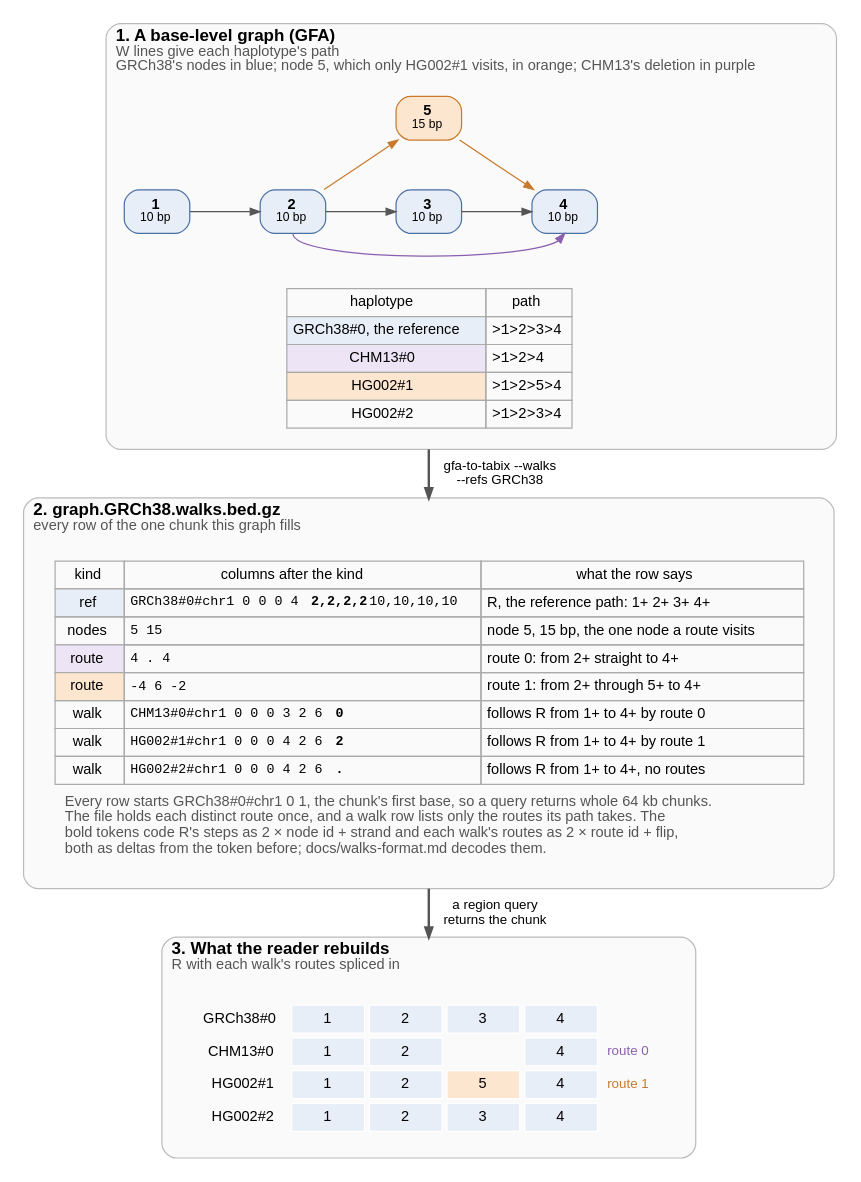
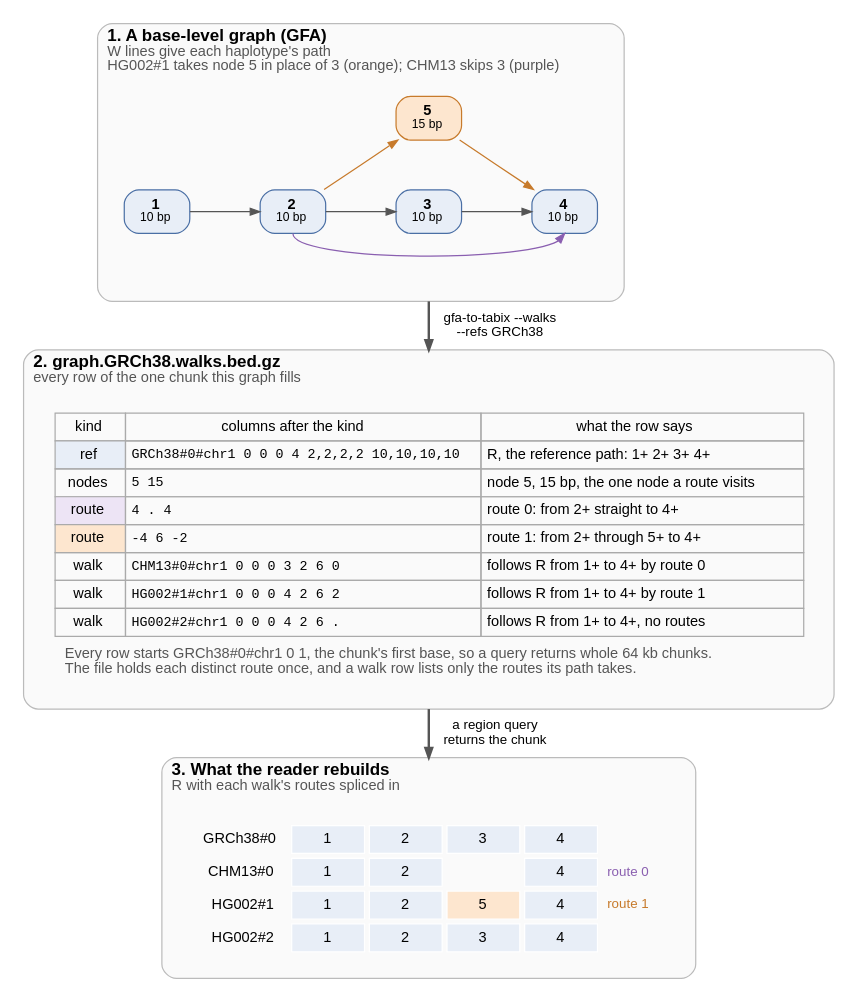
Before and after one commit to GMOD/gfa-to-tabix: the diagram in docs/figures/walks.dot, drawn with Graphviz. The commit also changed 4 other files, not shown here.

First line of the commit message:
Walks figure: draw the graph from walks.gfa, drop the repeated paths

```diff
--- a/docs/figures/walks.dot
+++ b/docs/figures/walks.dot
@@ -1,75 +1,74 @@
 // scripts/figures.py fills the marked rows from the tool's output and draws this figure
 digraph walks {
   bgcolor="white"
   fontname="Helvetica"
   newrank=true
   compound=true
   nodesep=0.4
   ranksep=0.55
   node [fontname="Helvetica", fontsize=12, shape=box, style="filled,rounded", fillcolor="#e8eef7", color="#4a6fa5", margin="0.15,0.06"]
   edge [fontname="Helvetica", fontsize=11, color="#555555", arrowsize=0.8]
 
   subgraph {
     graph [labeljust=l, fontsize=14, color="#bbbbbb", style="rounded,filled", fillcolor="#fafafa", margin=14]
 
     subgraph cluster_graph {
-      label=<<B>1. A base-level graph (GFA)</B><BR ALIGN="LEFT"/><FONT POINT-SIZE="12" COLOR="#555555">W lines give each haplotype's path</FONT><BR ALIGN="LEFT"/><FONT POINT-SIZE="12" COLOR="#555555">GRCh38's nodes in blue; node 5, which only HG002#1 visits, in orange; CHM13's deletion in purple</FONT><BR ALIGN="LEFT"/>>
+      label=<<B>1. A base-level graph (GFA)</B><BR ALIGN="LEFT"/><FONT POINT-SIZE="12" COLOR="#555555">W lines give each haplotype's path</FONT><BR ALIGN="LEFT"/><FONT POINT-SIZE="12" COLOR="#555555">HG002#1 takes node 5 in place of 3 (orange); CHM13 skips 3 (purple)</FONT><BR ALIGN="LEFT"/>>
+      // begin graph
       n1 [label=<<B>1</B><BR/><FONT POINT-SIZE="10">10 bp</FONT>>]
       n2 [label=<<B>2</B><BR/><FONT POINT-SIZE="10">10 bp</FONT>>]
       n3 [label=<<B>3</B><BR/><FONT POINT-SIZE="10">10 bp</FONT>>]
       n4 [label=<<B>4</B><BR/><FONT POINT-SIZE="10">10 bp</FONT>>]
       n5 [label=<<B>5</B><BR/><FONT POINT-SIZE="10">15 bp</FONT>>, fillcolor="#fde6cf", color="#c77a2b"]
       {rank=same; n1; n2; n3; n4}
-      n1 -> n2 -> n3 -> n4 [weight=20]
-      n5 -> n3 [style=invis, weight=20]
+      n1 -> n2 [weight=20]
+      n2 -> n3 [weight=20]
+      n3 -> n4 [weight=20]
       n2 -> n5 [color="#c77a2b", constraint=false]
       n5 -> n4 [color="#c77a2b", constraint=false]
       n2:s -> n4:s [color="#8a5fb0", constraint=false]
-      paths [shape=plaintext, style="", label=<
-        <TABLE BORDER="0" CELLBORDER="1" CELLSPACING="0" CELLPADDING="4" COLOR="#aaaaaa">
-          <TR BGCOLOR="#dddddd"><TD>haplotype</TD><TD>path</TD></TR>
-          <TR><TD BGCOLOR="#e8eef7">GRCh38#0, the reference</TD><TD ALIGN="LEFT"><FONT FACE="Courier">&gt;1&gt;2&gt;3&gt;4</FONT></TD></TR>
-          <TR><TD BGCOLOR="#ede4f5">CHM13#0</TD><TD ALIGN="LEFT"><FONT FACE="Courier">&gt;1&gt;2&gt;4</FONT></TD></TR>
-          <TR><TD BGCOLOR="#fde6cf">HG002#1</TD><TD ALIGN="LEFT"><FONT FACE="Courier">&gt;1&gt;2&gt;5&gt;4</FONT></TD></TR>
-          <TR><TD>HG002#2</TD><TD ALIGN="LEFT"><FONT FACE="Courier">&gt;1&gt;2&gt;3&gt;4</FONT></TD></TR>
-        </TABLE>>]
-      n3 -> paths [style=invis]
+      n5 -> n3 [style=invis, weight=20]
+      nbelow [style=invis, label="", width=0, height=0]
+      n3 -> nbelow [style=invis]
+      // end graph
     }
 
     subgraph cluster_file {
       label=<<B>2. graph.GRCh38.walks.bed.gz</B><BR ALIGN="LEFT"/><FONT POINT-SIZE="12" COLOR="#555555">every row of the one chunk this graph fills</FONT><BR ALIGN="LEFT"/>>
       rows [shape=plaintext, style="", label=<
         <TABLE BORDER="0" CELLBORDER="1" CELLSPACING="0" CELLPADDING="4" COLOR="#aaaaaa">
           <TR BGCOLOR="#dddddd"><TD>kind</TD><TD>columns after the kind</TD><TD>what the row says</TD></TR>
           <!-- begin rows -->
-          <TR><TD BGCOLOR="#e8eef7">ref</TD><TD ALIGN="LEFT"><FONT FACE="Courier" POINT-SIZE="11">GRCh38#0#chr1 0 0 0 4 <B>2,2,2,2</B> 10,10,10,10</FONT></TD><TD ALIGN="LEFT">R, the reference path: 1+ 2+ 3+ 4+</TD></TR>
+          <TR><TD BGCOLOR="#e8eef7">ref</TD><TD ALIGN="LEFT"><FONT FACE="Courier" POINT-SIZE="11">GRCh38#0#chr1 0 0 0 4 2,2,2,2 10,10,10,10</FONT></TD><TD ALIGN="LEFT">R, the reference path: 1+ 2+ 3+ 4+</TD></TR>
           <TR><TD>nodes</TD><TD ALIGN="LEFT"><FONT FACE="Courier" POINT-SIZE="11">5 15</FONT></TD><TD ALIGN="LEFT">node 5, 15 bp, the one node a route visits</TD></TR>
           <TR><TD BGCOLOR="#ede4f5">route</TD><TD ALIGN="LEFT"><FONT FACE="Courier" POINT-SIZE="11">4 . 4</FONT></TD><TD ALIGN="LEFT">route 0: from 2+ straight to 4+</TD></TR>
           <TR><TD BGCOLOR="#fde6cf">route</TD><TD ALIGN="LEFT"><FONT FACE="Courier" POINT-SIZE="11">-4 6 -2</FONT></TD><TD ALIGN="LEFT">route 1: from 2+ through 5+ to 4+</TD></TR>
-          <TR><TD>walk</TD><TD ALIGN="LEFT"><FONT FACE="Courier" POINT-SIZE="11">CHM13#0#chr1 0 0 0 3 2 6 <B>0</B></FONT></TD><TD ALIGN="LEFT">follows R from 1+ to 4+ by route 0</TD></TR>
-          <TR><TD>walk</TD><TD ALIGN="LEFT"><FONT FACE="Courier" POINT-SIZE="11">HG002#1#chr1 0 0 0 4 2 6 <B>2</B></FONT></TD><TD ALIGN="LEFT">follows R from 1+ to 4+ by route 1</TD></TR>
-          <TR><TD>walk</TD><TD ALIGN="LEFT"><FONT FACE="Courier" POINT-SIZE="11">HG002#2#chr1 0 0 0 4 2 6 <B>.</B></FONT></TD><TD ALIGN="LEFT">follows R from 1+ to 4+, no routes</TD></TR>
+          <TR><TD>walk</TD><TD ALIGN="LEFT"><FONT FACE="Courier" POINT-SIZE="11">CHM13#0#chr1 0 0 0 3 2 6 0</FONT></TD><TD ALIGN="LEFT">follows R from 1+ to 4+ by route 0</TD></TR>
+          <TR><TD>walk</TD><TD ALIGN="LEFT"><FONT FACE="Courier" POINT-SIZE="11">HG002#1#chr1 0 0 0 4 2 6 2</FONT></TD><TD ALIGN="LEFT">follows R from 1+ to 4+ by route 1</TD></TR>
+          <TR><TD>walk</TD><TD ALIGN="LEFT"><FONT FACE="Courier" POINT-SIZE="11">HG002#2#chr1 0 0 0 4 2 6 .</FONT></TD><TD ALIGN="LEFT">follows R from 1+ to 4+, no routes</TD></TR>
           <!-- end rows -->
           <!-- begin caption -->
-          <TR><TD BORDER="0" CELLPADDING="8" COLSPAN="3" ALIGN="LEFT" BALIGN="LEFT"><FONT POINT-SIZE="12" COLOR="#555555">Every row starts GRCh38#0#chr1 0 1, the chunk's first base, so a query returns whole 64 kb chunks.<BR/>The file holds each distinct route once, and a walk row lists only the routes its path takes. The<BR/>bold tokens code R's steps as 2 × node id + strand and each walk's routes as 2 × route id + flip,<BR/>both as deltas from the token before; docs/walks-format.md decodes them.</FONT></TD></TR>
+          <TR><TD BORDER="0" CELLPADDING="8" COLSPAN="3" ALIGN="LEFT" BALIGN="LEFT"><FONT POINT-SIZE="12" COLOR="#555555">Every row starts GRCh38#0#chr1 0 1, the chunk's first base, so a query returns whole 64 kb chunks.<BR/>The file holds each distinct route once, and a walk row lists only the routes its path takes.</FONT></TD></TR>
           <!-- end caption -->
         </TABLE>>]
     }
 
     subgraph cluster_rebuilt {
       label=<<B>3. What the reader rebuilds</B><BR ALIGN="LEFT"/><FONT POINT-SIZE="12" COLOR="#555555">R with each walk's routes spliced in</FONT><BR ALIGN="LEFT"/>>
       rebuilt [shape=plaintext, style="", label=<
         <TABLE BORDER="0" CELLBORDER="1" CELLSPACING="4" CELLPADDING="4" COLOR="#ffffff">
           <!-- begin rebuilt -->
           <TR><TD BORDER="0" ALIGN="RIGHT">GRCh38#0</TD><TD WIDTH="60" BGCOLOR="#e8eef7">1</TD><TD WIDTH="60" BGCOLOR="#e8eef7">2</TD><TD WIDTH="60" BGCOLOR="#e8eef7">3</TD><TD WIDTH="60" BGCOLOR="#e8eef7">4</TD><TD BORDER="0" ALIGN="LEFT"></TD></TR>
           <TR><TD BORDER="0" ALIGN="RIGHT">CHM13#0</TD><TD BGCOLOR="#e8eef7">1</TD><TD BGCOLOR="#e8eef7">2</TD><TD BORDER="0"></TD><TD BGCOLOR="#e8eef7">4</TD><TD BORDER="0" ALIGN="LEFT"><FONT POINT-SIZE="11" COLOR="#8a5fb0">route 0</FONT></TD></TR>
           <TR><TD BORDER="0" ALIGN="RIGHT">HG002#1</TD><TD BGCOLOR="#e8eef7">1</TD><TD BGCOLOR="#e8eef7">2</TD><TD BGCOLOR="#fde6cf">5</TD><TD BGCOLOR="#e8eef7">4</TD><TD BORDER="0" ALIGN="LEFT"><FONT POINT-SIZE="11" COLOR="#c77a2b">route 1</FONT></TD></TR>
           <TR><TD BORDER="0" ALIGN="RIGHT">HG002#2</TD><TD BGCOLOR="#e8eef7">1</TD><TD BGCOLOR="#e8eef7">2</TD><TD BGCOLOR="#e8eef7">3</TD><TD BGCOLOR="#e8eef7">4</TD><TD BORDER="0" ALIGN="LEFT"></TD></TR>
           <!-- end rebuilt -->
         </TABLE>>]
     }
   }
 
-  paths -> rows [ltail=cluster_graph, lhead=cluster_file, label="  gfa-to-tabix --walks\n  --refs GRCh38", penwidth=2]
+  // begin arrows
+  nbelow -> rows [ltail=cluster_graph, lhead=cluster_file, label="  gfa-to-tabix --walks\n  --refs GRCh38", penwidth=2]
   rows -> rebuilt [ltail=cluster_file, lhead=cluster_rebuilt, label="  a region query\n  returns the chunk", penwidth=2]
+  // end arrows
 }
```
